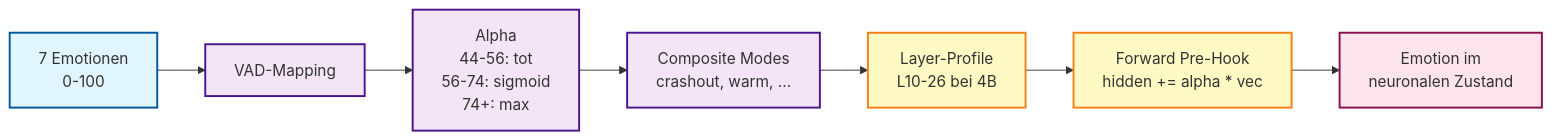
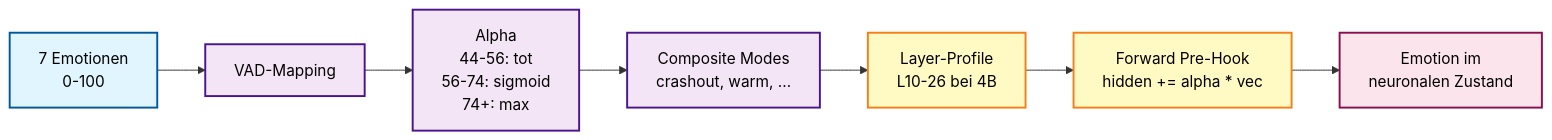
Before and after one commit to 017pixel/CHAPPiE: the second of 2 diagrams in README.md, drawn with Mermaid. The commit also changed other lines of this file, not shown here.

Commit message:
docs: Diagramm-Textfarbe auf Schwarz gesetzt fuer bessere Lesbarkeit

````diff
--- a/README.md
+++ b/README.md
@@ -71,19 +71,19 @@
 ```mermaid
 flowchart LR
     E["7 Emotionen\n0-100"] --> VAD["VAD-Mapping"]
     VAD --> Alpha["Alpha\n44-56: tot\n56-74: sigmoid\n74+: max"]
     Alpha --> Modes["Composite Modes\ncrashout, warm, ..."]
     Modes --> Layers["Layer-Profile\nL10-26 bei 4B"]
     Layers --> Hook["Forward Pre-Hook\nhidden += alpha * vec"]
     Hook --> Out["Emotion im\nneuronalen Zustand"]
 
-    classDef e fill:#e1f5fe,stroke:#01579b,stroke-width:2px
-    classDef p fill:#f3e5f5,stroke:#4a148c,stroke-width:2px
-    classDef l fill:#fff9c4,stroke:#f57f17,stroke-width:2px
-    classDef o fill:#fce4ec,stroke:#880e4f,stroke-width:2px
+    classDef e fill:#e1f5fe,stroke:#01579b,stroke-width:2px,color:#000
+    classDef p fill:#f3e5f5,stroke:#4a148c,stroke-width:2px,color:#000
+    classDef l fill:#fff9c4,stroke:#f57f17,stroke-width:2px,color:#000
+    classDef o fill:#fce4ec,stroke:#880e4f,stroke-width:2px,color:#000
 
     class E e
     class VAD,Alpha,Modes p
     class Layers,Hook l
     class Out o
 ```
````
